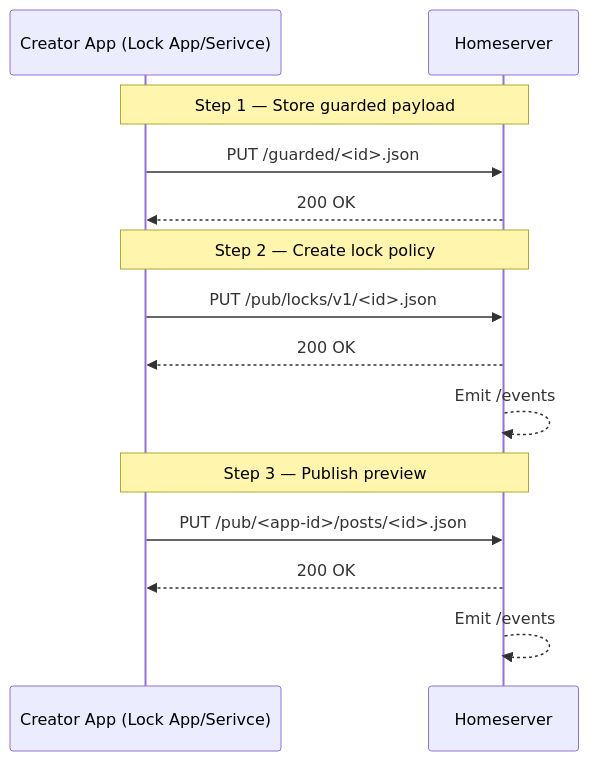
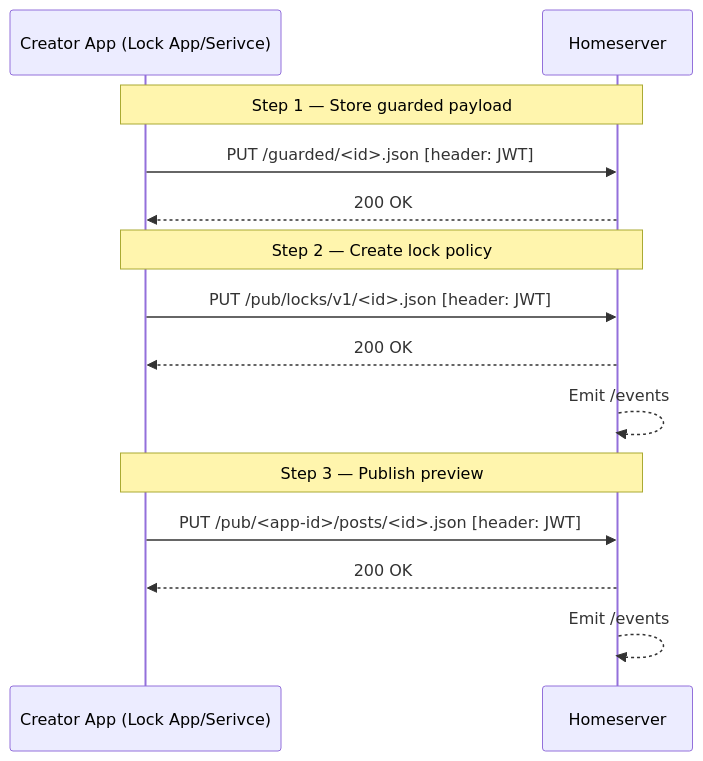
One commit to BitcoinErrorLog/pubky-locks changed the first of 4 diagrams in jwt_proxy_proposal.md. Above: the diagram before and after it, drawn with Mermaid. The commit also changed other lines of this file, not shown here.

Commit message:
diagrams done; payloads: todo

````diff
--- a/jwt_proxy_proposal.md
+++ b/jwt_proxy_proposal.md
@@ -58,21 +59,21 @@
 ```mermaid
 sequenceDiagram
   participant C as Creator App (Lock App/Serivce)
   participant H as Homeserver
 
   Note over C,H: Step 1 — Store guarded payload
-  C->>H: PUT /guarded/<id>.json
+  C->>H: PUT /guarded/<id>.json [header: JWT]
   H-->>C: 200 OK
 
   Note over C,H: Step 2 — Create lock policy
-  C->>H: PUT /pub/locks/v1/<id>.json
+  C->>H: PUT /pub/locks/v1/<id>.json [header: JWT]
   H-->>C: 200 OK
 
   H-->>H: Emit /events
 
   Note over C,H: Step 3 — Publish preview
-  C->>H: PUT /pub/<app-id>/posts/<id>.json
+  C->>H: PUT /pub/<app-id>/posts/<id>.json [header: JWT]
   H-->>C: 200 OK
 
   H-->>H: Emit /events
 ```
````
